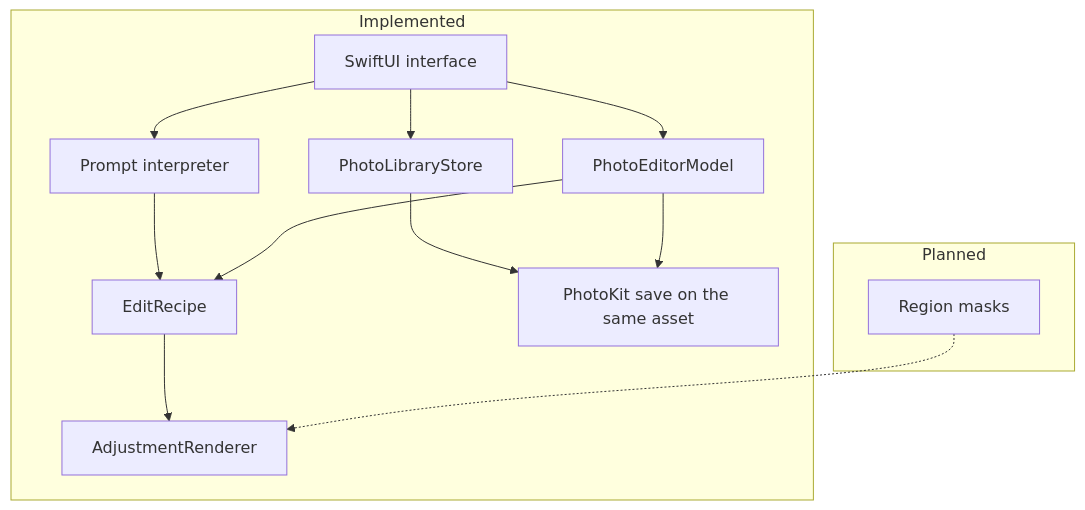
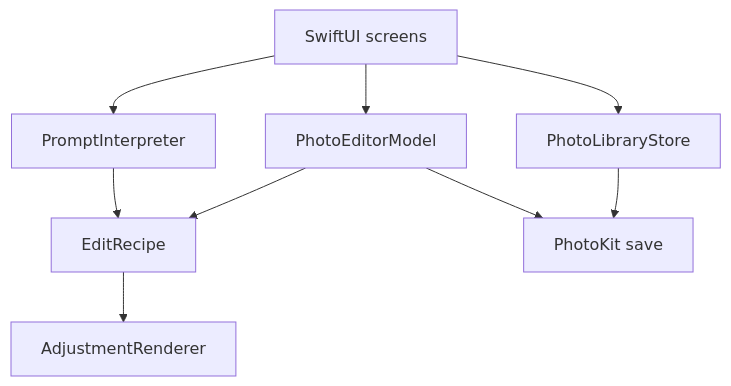
The diagram in README.md (Yug-More/PixelSense), drawn with Mermaid before and after one commit. The commit also changed other lines of this file and 4 other files, not shown here.

````diff
--- a/README.md
+++ b/README.md
@@ -67,26 +41,11 @@
 ```mermaid
 flowchart TD
-    subgraph now [Implemented]
-        ui[SwiftUI interface]
-        library[PhotoLibraryStore]
-        editor[PhotoEditorModel]
-        prompt[Prompt interpreter]
-        recipe[EditRecipe]
-        renderer[AdjustmentRenderer]
-        photos[PhotoKit save on the same asset]
-    end
-
-    subgraph later [Planned]
-        regions[Region masks]
-    end
-
-    ui --> library
-    ui --> editor
-    ui --> prompt
-    prompt --> recipe
+    ui[SwiftUI screens] --> library[PhotoLibraryStore]
+    ui --> editor[PhotoEditorModel]
+    ui --> prompt[PromptInterpreter]
+    prompt --> recipe[EditRecipe]
+    editor --> recipe
+    recipe --> renderer[AdjustmentRenderer]
+    editor --> photos[PhotoKit save]
     library --> photos
-    editor --> recipe
-    recipe --> renderer
-    editor --> photos
-    regions -.-> renderer
 ```
````
